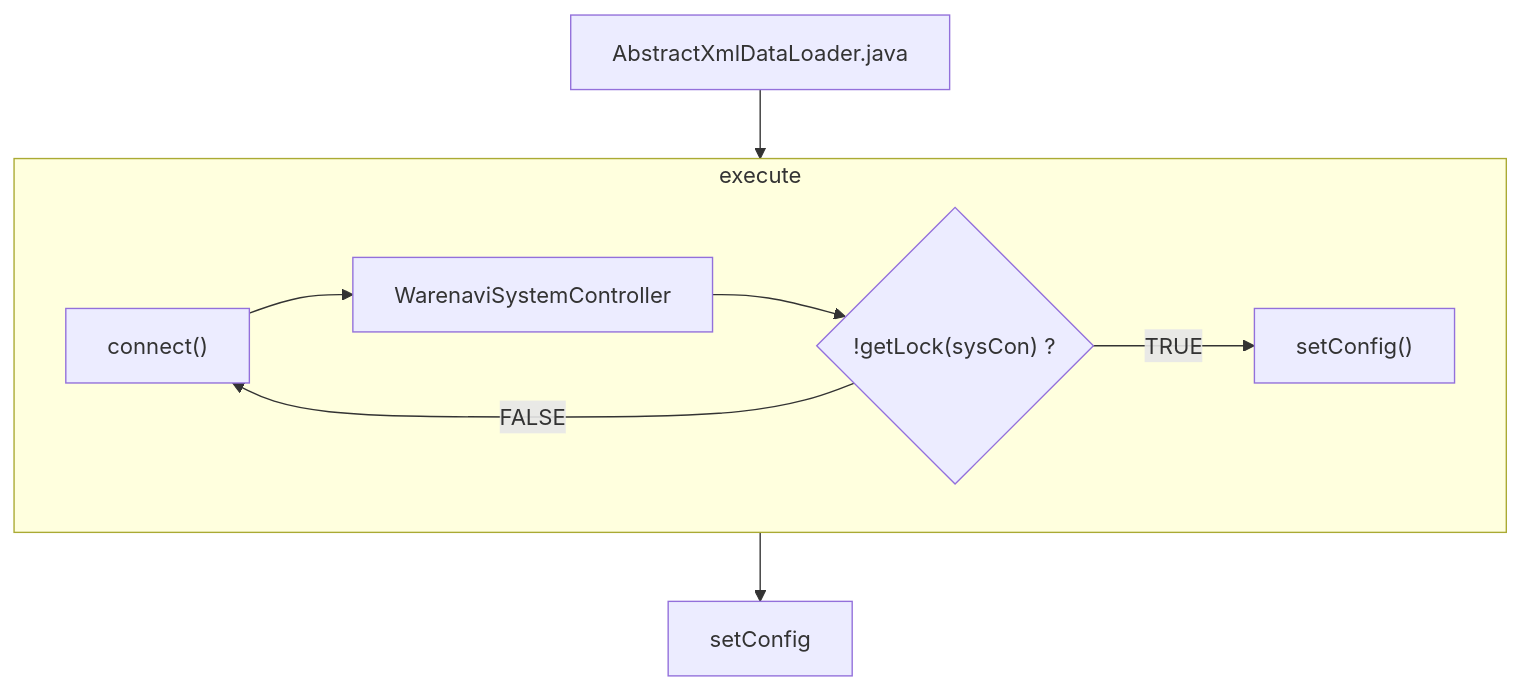
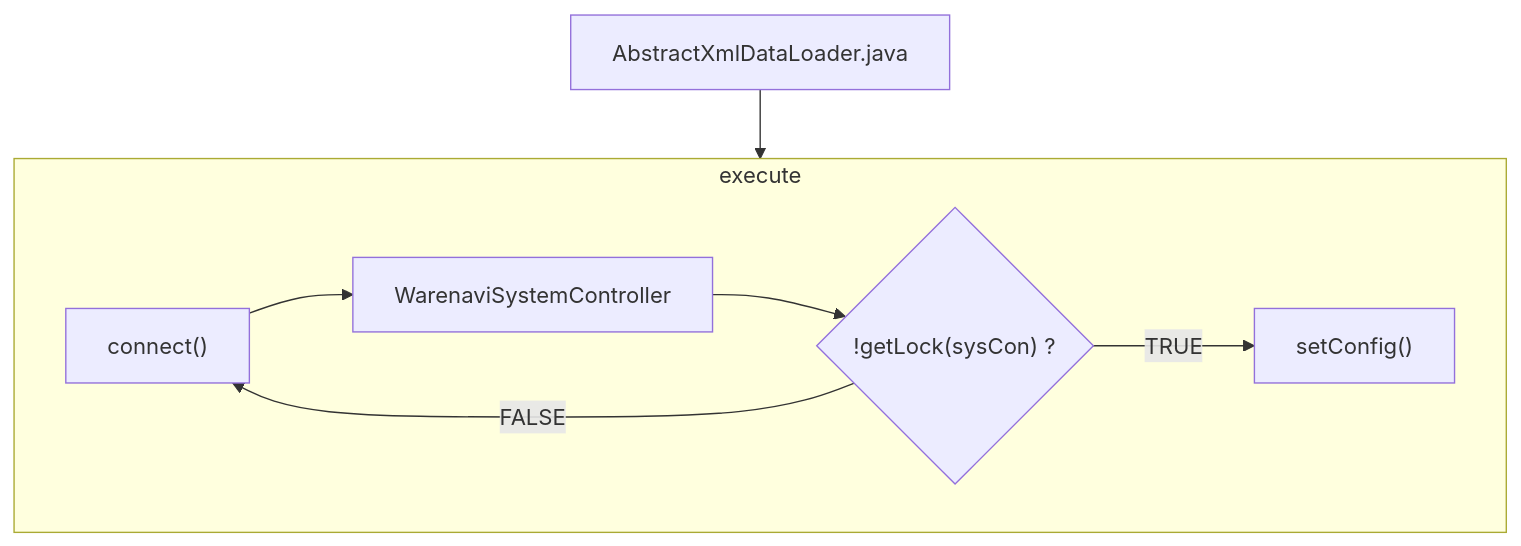
Before and after one commit to luthfiadityaa/SimeDarby-Wiki: the second of 3 diagrams in Basic-Design/Host-Interfaces.md, drawn with Mermaid.

Commit message:
Updated Host Interfaces

```diff
--- a/Basic-Design/Host-Interfaces.md
+++ b/Basic-Design/Host-Interfaces.md
@@ -58,14 +58,14 @@
 ::: mermaid
 flowchart TD
  C1["AbstractXmlDataLoader.java"]
- C1 --> execute --> setConfig
+ C1 --> execute
 
 subgraph execute
  C2 --> C3 --> Cond1
  C2["connect()"]
  C3["WarenaviSystemController"]
  Cond1{"!getLock(sysCon) ?"} 
  Cond1 --> |FALSE| C2
  Cond1 --> |TRUE| C4["setConfig()"]
 end
 :::
```
